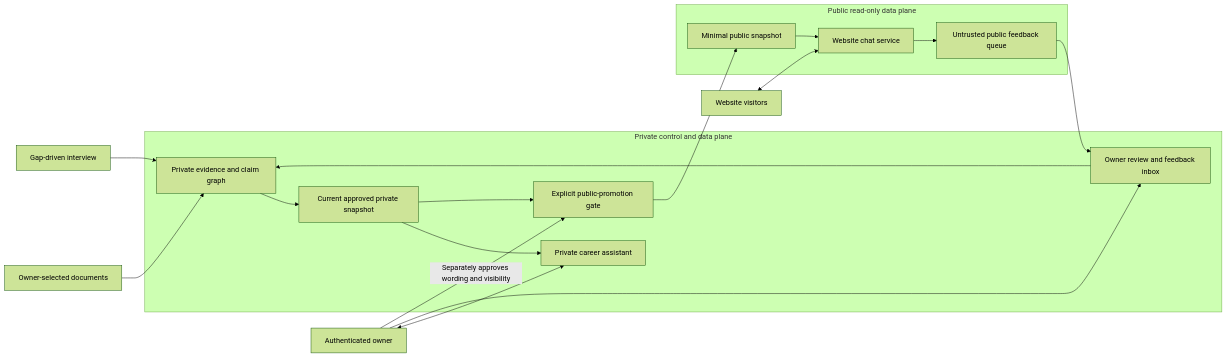
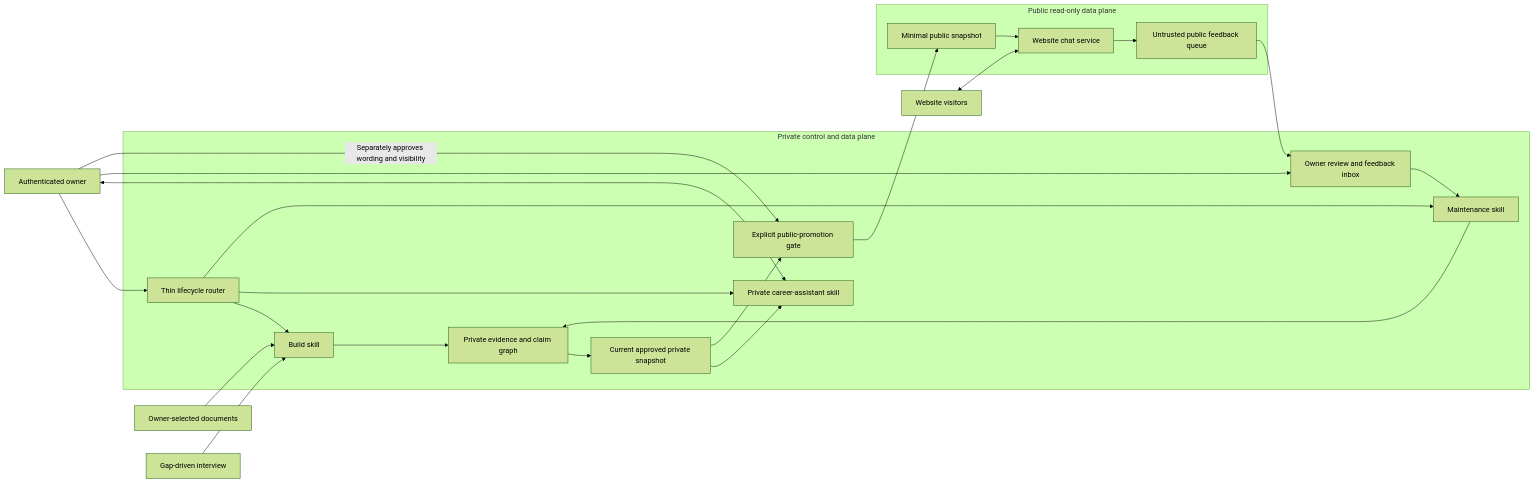
The first of 5 diagrams in plugins/digital-twin/docs/serving-and-feedback.md (johnplantada/claude-skills), drawn with Mermaid (forest theme) before and after one commit. The commit also changed other lines of this file and 40 other files, not shown here.

````diff
--- a/plugins/digital-twin/docs/serving-and-feedback.md
+++ b/plugins/digital-twin/docs/serving-and-feedback.md
@@ -77,32 +78,39 @@
 ```mermaid
 flowchart LR
     Documents["Owner-selected documents"]
     Interview["Gap-driven interview"]
     Owner["Authenticated owner"]
     Visitors["Website visitors"]
 
     subgraph PrivatePlane["Private control and data plane"]
+        Router["Thin lifecycle router"]
+        Builder["Build skill"]
+        Maintainer["Maintenance skill"]
         Graph["Private evidence and claim graph"]
         PrivateSnapshot["Current approved private snapshot"]
-        Assistant["Private career assistant"]
+        Assistant["Private career-assistant skill"]
         Review["Owner review and feedback inbox"]
         Promotion["Explicit public-promotion gate"]
     end
 
     subgraph PublicPlane["Public read-only data plane"]
         PublicSnapshot["Minimal public snapshot"]
         Chat["Website chat service"]
         PublicFeedback["Untrusted public feedback queue"]
     end
 
-    Documents --> Graph
-    Interview --> Graph
+    Owner --> Router
+    Router --> Builder
+    Router --> Assistant
+    Router --> Maintainer
+    Documents --> Builder --> Graph
+    Interview --> Builder
     Graph --> PrivateSnapshot --> Assistant
     Owner <--> Assistant
-    Owner --> Review --> Graph
+    Owner --> Review --> Maintainer --> Graph
     PrivateSnapshot --> Promotion
     Owner -->|"Separately approves wording and visibility"| Promotion
     Promotion --> PublicSnapshot --> Chat
     Visitors <--> Chat
     Chat --> PublicFeedback --> Review
 ```
````
